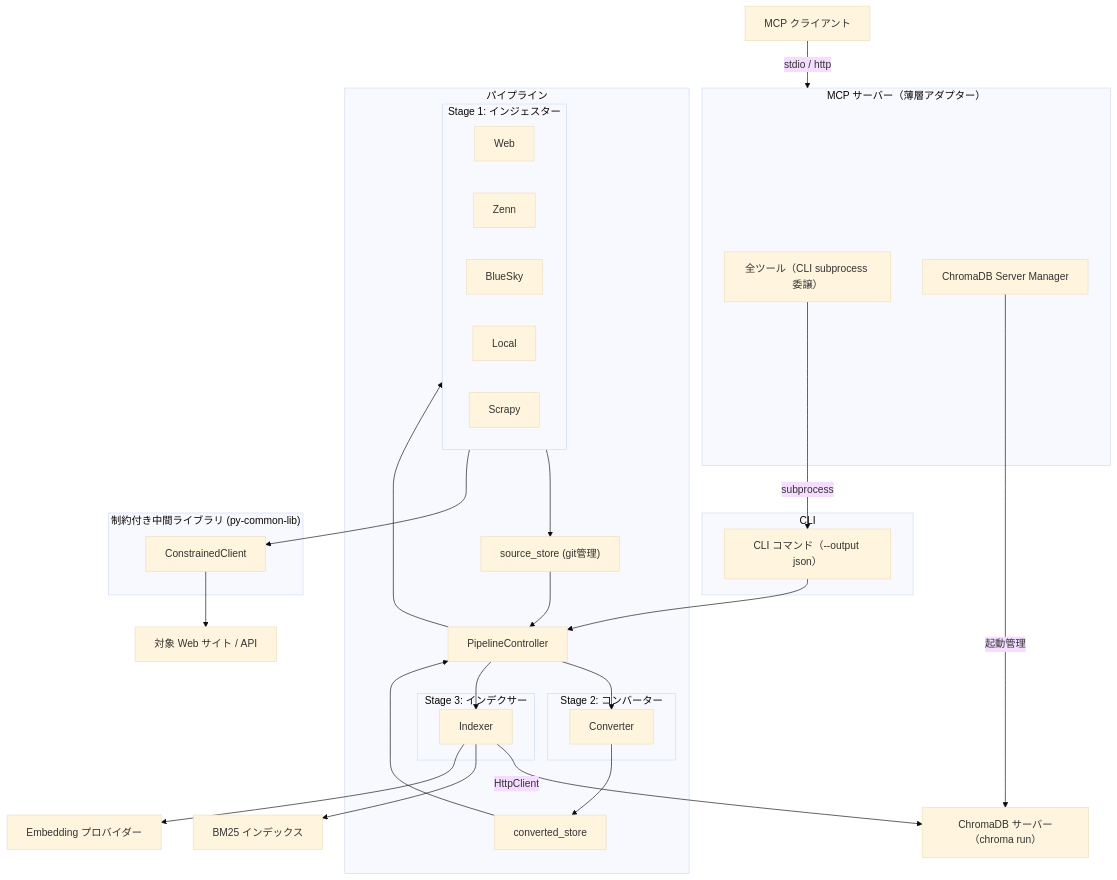
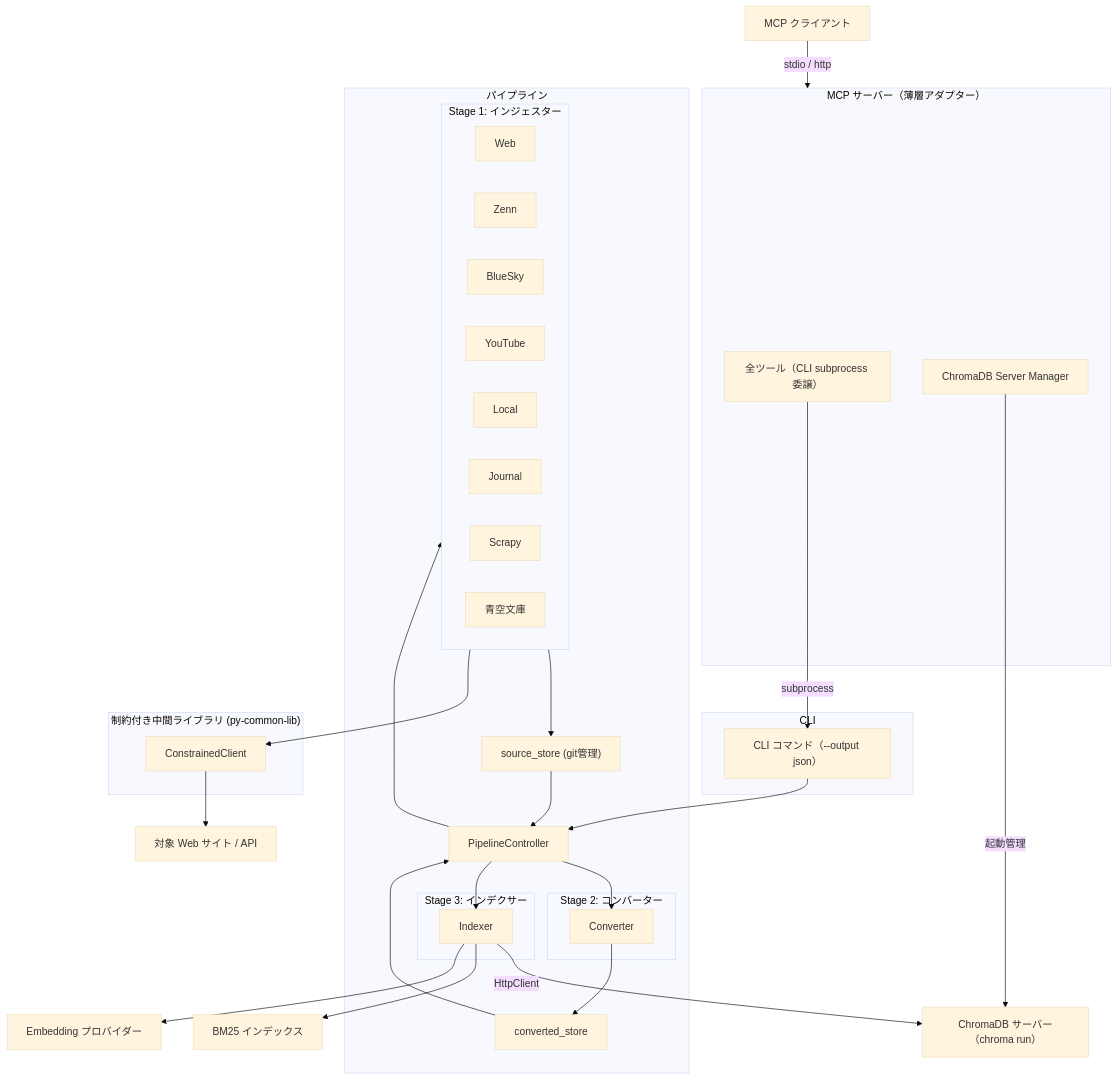
The first of 3 diagrams in docs/specs/rag-knowledge.md (becky3/rag-knowledge), drawn with Mermaid (base theme) before and after one commit. The commit also changed other lines of this file and 24 other files, not shown here.

````diff
--- a/docs/specs/rag-knowledge.md
+++ b/docs/specs/rag-knowledge.md
@@ -164,63 +315,66 @@
 ```mermaid
 flowchart TB
     CLIENT["MCP クライアント"]
 
     subgraph MCP["MCP サーバー（薄層アダプター）"]
         TOOLS["全ツール（CLI subprocess 委譲）"]
         CSM["ChromaDB Server Manager"]
     end
 
     subgraph CLI_LAYER["CLI"]
         CLI_CMD["CLI コマンド（--output json）"]
     end
 
     subgraph Pipeline["パイプライン"]
         PC["PipelineController"]
 
         subgraph Stage1["Stage 1: インジェスター"]
             ING_WEB["Web"]
             ING_ZENN["Zenn"]
             ING_BS["BlueSky"]
+            ING_YT["YouTube"]
             ING_LOCAL["Local"]
+            ING_JOURNAL["Journal"]
             ING_SITE["Scrapy"]
+            ING_AOZORA["青空文庫"]
         end
 
         SS["source_store (git管理)"]
 
         subgraph Stage2["Stage 2: コンバーター"]
             CONV["Converter"]
         end
 
         CS["converted_store"]
 
         subgraph Stage3["Stage 3: インデクサー"]
             IDX["Indexer"]
         end
     end
 
     subgraph Safety["制約付き中間ライブラリ (py-common-lib)"]
         CC["ConstrainedClient"]
     end
 
     CHROMA_SRV["ChromaDB サーバー（chroma run）"]
     BM25["BM25 インデックス"]
     EMBED["Embedding プロバイダー"]
     WEB["対象 Web サイト / API"]
 
     CLIENT -->|stdio / http| MCP
     TOOLS -->|subprocess| CLI_CMD
     CSM -->|起動管理| CHROMA_SRV
     CLI_CMD --> PC
     PC --> Stage1
     Stage1 --> SS
     SS --> PC
     PC --> CONV
     CONV --> CS
     CS --> PC
     PC --> IDX
     IDX -->|HttpClient| CHROMA_SRV
     IDX --> BM25
     IDX --> EMBED
     Stage1 --> CC
     CC --> WEB
 ```
````
